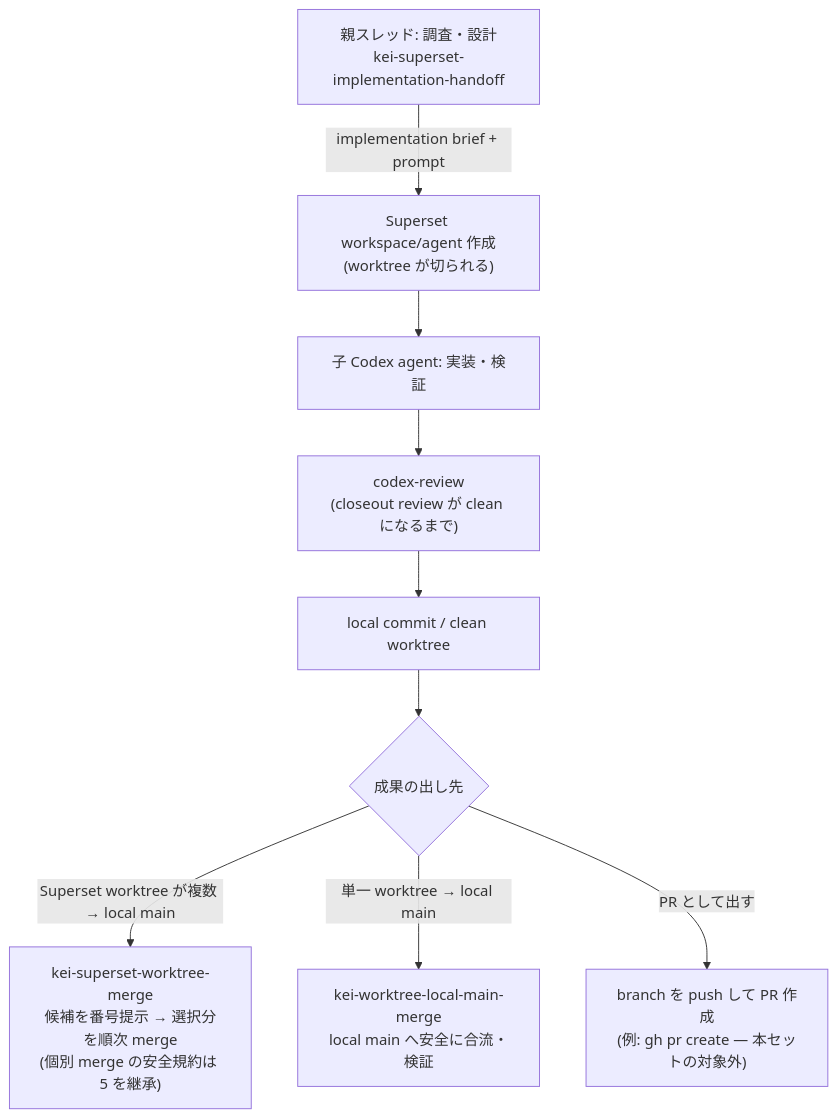
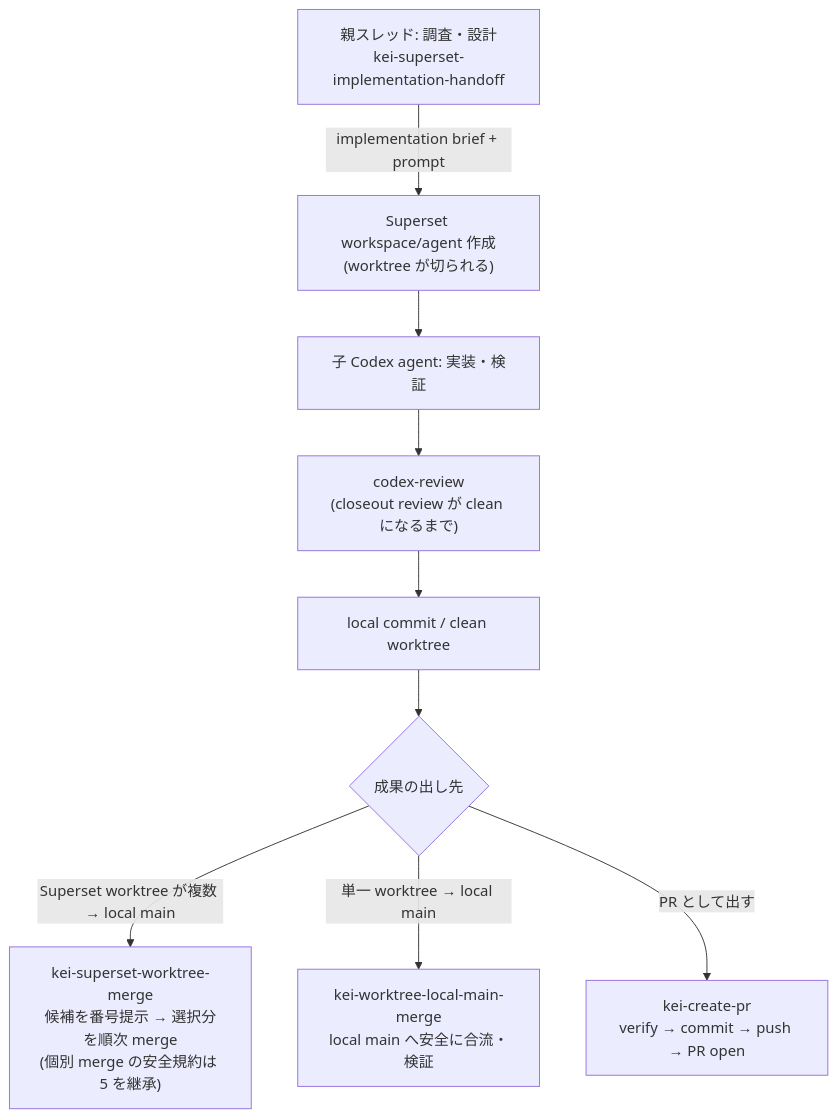
One commit to kei-prog/superset-handoff-flow changed the diagram in README.md. Above: the diagram before and after it, drawn with Mermaid. The commit also changed other lines of this file and 2 other files, not shown here.

Commit message:
Add kei-create-pr to the skill set
Cover the PR-creation exit path with an actual skill instead of
pointing outside the set.

````diff
--- a/README.md
+++ b/README.md
@@ -9,11 +9,11 @@
 ```mermaid
 flowchart TD
     A["親スレッド: 調査・設計<br/>kei-superset-implementation-handoff"] -->|implementation brief + prompt| B["Superset workspace/agent 作成<br/>(worktree が切られる)"]
     B --> C["子 Codex agent: 実装・検証"]
     C --> D["codex-review<br/>(closeout review が clean になるまで)"]
     D --> E["local commit / clean worktree"]
     E --> F{成果の出し先}
     F -->|Superset worktree が複数 → local main| G["kei-superset-worktree-merge<br/>候補を番号提示 → 選択分を順次 merge<br/>(個別 merge の安全規約は 5 を継承)"]
     F -->|単一 worktree → local main| H["kei-worktree-local-main-merge<br/>local main へ安全に合流・検証"]
-    F -->|PR として出す| I["branch を push して PR 作成<br/>(例: gh pr create — 本セットの対象外)"]
+    F -->|PR として出す| I["kei-create-pr<br/>verify → commit → push → PR open"]
 ```
````
